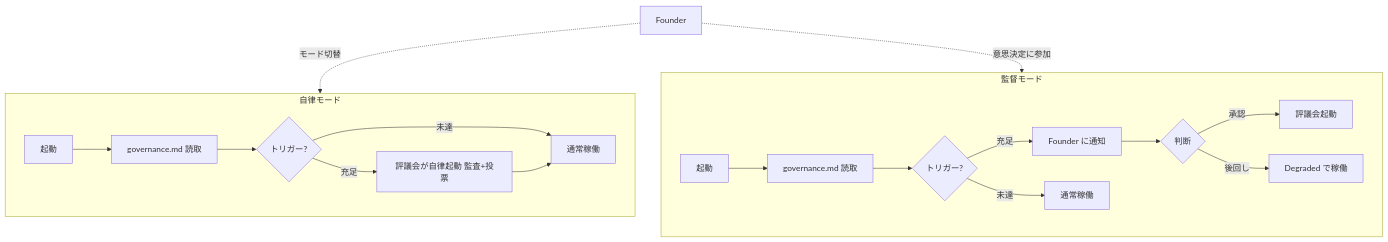
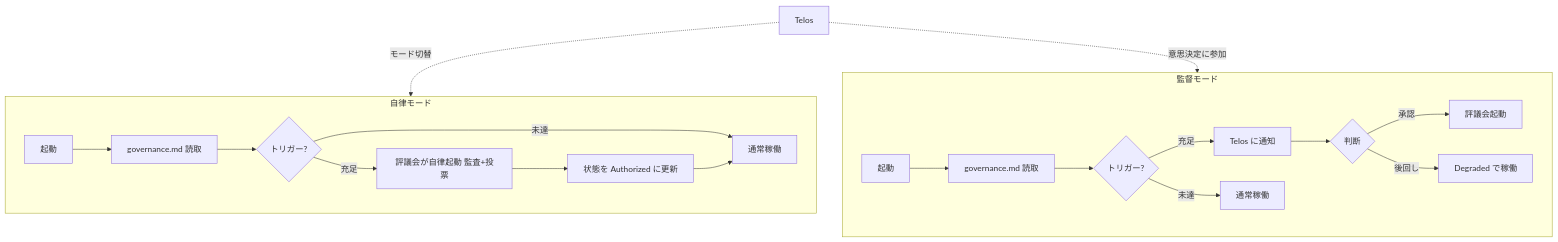
Before and after one commit to x6kage/arche: the sixth of 12 diagrams in docs/papers/001-governance-theory/ja.md, drawn with Mermaid. The commit also changed other lines of this file and 42 other files, not shown here.

````diff
--- a/docs/papers/001-governance-theory/ja.md
+++ b/docs/papers/001-governance-theory/ja.md
@@ -245,23 +285,24 @@
 ```mermaid
 graph TD
     subgraph Auto ["自律モード"]
         A1["起動"] --> A2["governance.md 読取"]
         A2 --> A3{"トリガー?"}
         A3 -->|"充足"| A4["評議会が自律起動 監査+投票"]
         A3 -->|"未達"| A5["通常稼働"]
-        A4 --> A5
+        A4 --> A6["状態を Authorized に更新"]
+        A6 --> A5
     end
 
     subgraph Super ["監督モード"]
         S1["起動"] --> S2["governance.md 読取"]
         S2 --> S3{"トリガー?"}
-        S3 -->|"充足"| S4["Founder に通知"]
+        S3 -->|"充足"| S4["Telos に通知"]
         S3 -->|"未達"| S5["通常稼働"]
         S4 --> S6{"判断"}
         S6 -->|"承認"| S7["評議会起動"]
         S6 -->|"後回し"| S8["Degraded で稼働"]
     end
 
-    Founder["Founder"] -.->|"モード切替"| Auto
-    Founder -.->|"意思決定に参加"| Super
+    Telos["Telos"] -.->|"モード切替"| Auto
+    Telos -.->|"意思決定に参加"| Super
 ```
````
